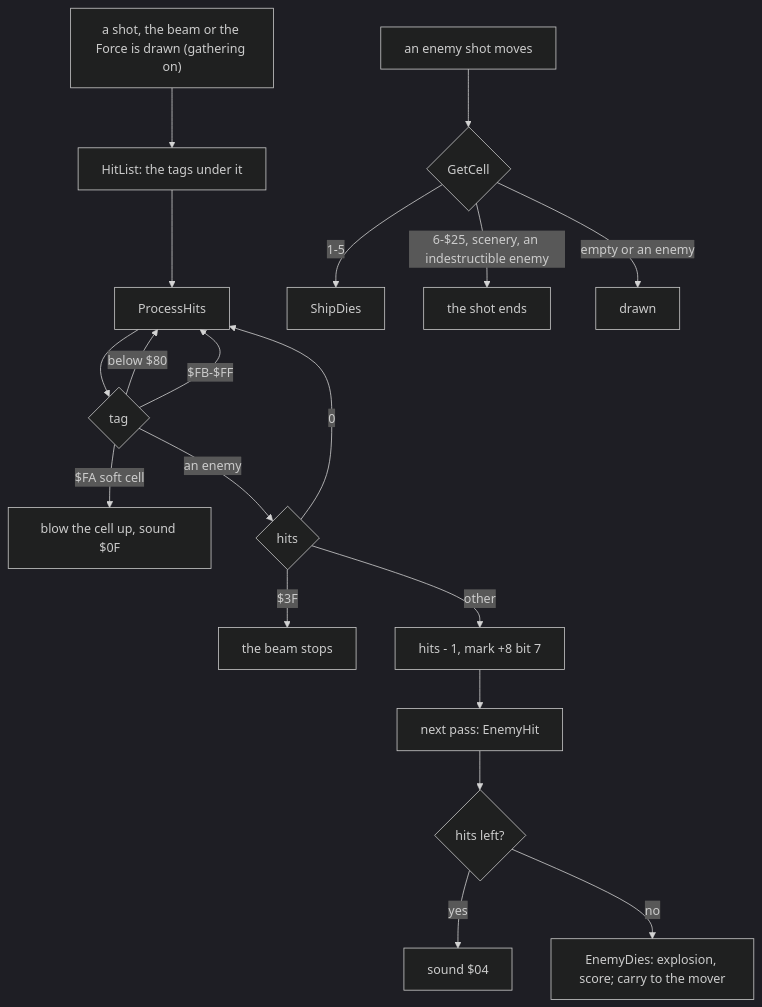
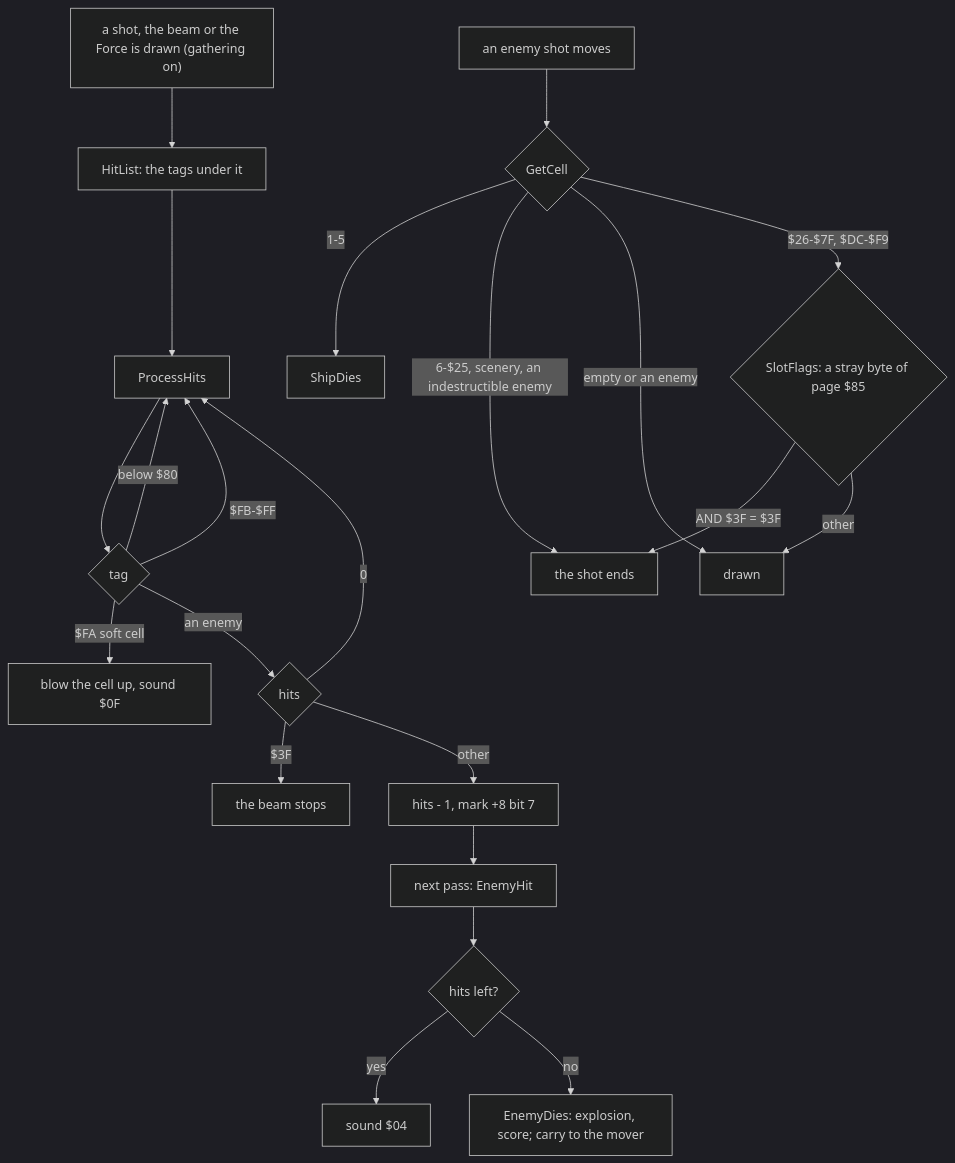
Diagram 11 of 14 in games/r-type/docs/07-objects.md (alfishe/unrealng-reverse-cases), drawn with Mermaid (dark theme) before and after one commit. The commit also changed other lines of this file and 22 other files, not shown here.

````diff
--- a/games/r-type/docs/07-objects.md
+++ b/games/r-type/docs/07-objects.md
@@ -1398,21 +1399,24 @@
 ```mermaid
 flowchart TD
     D["a shot, the beam or the Force is drawn (gathering on)"] --> L["HitList: the tags under it"]
     L --> P["ProcessHits"]
     P --> T{"tag"}
     T -- "below $80" --> P
     T -- "$FA soft cell" --> SC["blow the cell up, sound $0F"]
     T -- "$FB-$FF" --> P
     T -- "an enemy" --> HE{"hits"}
     HE -- "0" --> P
     HE -- "$3F" --> IB["the beam stops"]
     HE -- "other" --> MH["hits - 1, mark +8 bit 7"]
     MH --> NX["next pass: EnemyHit"]
     NX --> Q{"hits left?"}
     Q -- "yes" --> S4["sound $04"]
     Q -- "no" --> ED["EnemyDies: explosion, score; carry to the mover"]
     ES["an enemy shot moves"] --> G{"GetCell"}
     G -- "1-5" --> SD["ShipDies"]
     G -- "6-$25, scenery, an indestructible enemy" --> E2["the shot ends"]
     G -- "empty or an enemy" --> DR["drawn"]
+    G -- "$26-$7F, $DC-$F9" --> SF{"SlotFlags: a stray byte of page $85"}
+    SF -- "AND $3F = $3F" --> E2
+    SF -- "other" --> DR
 ```
````
